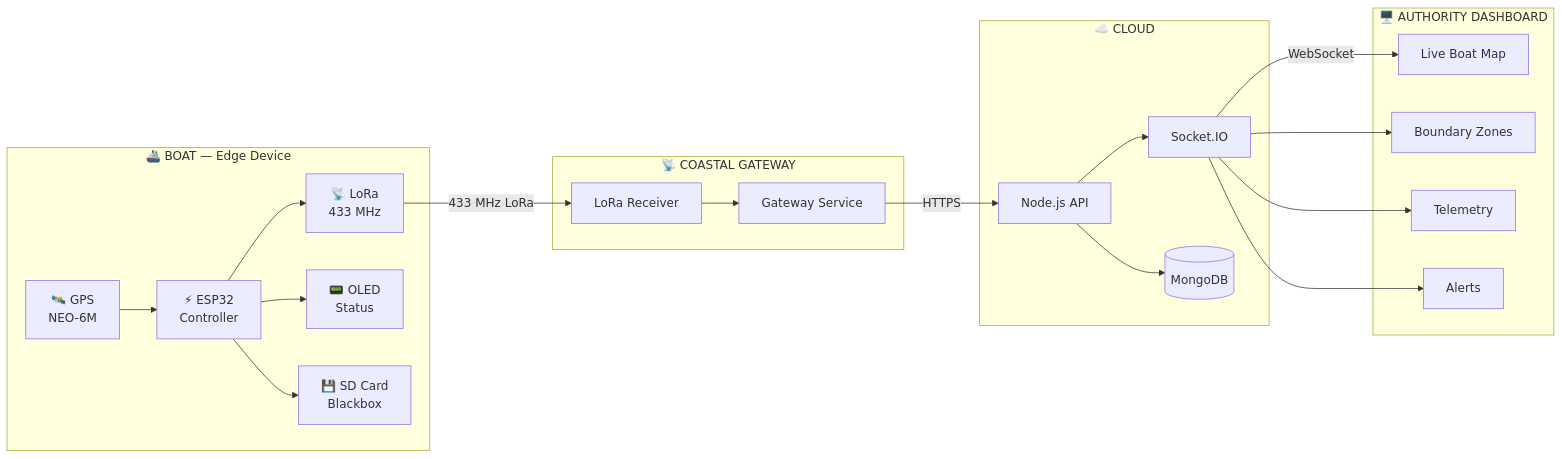
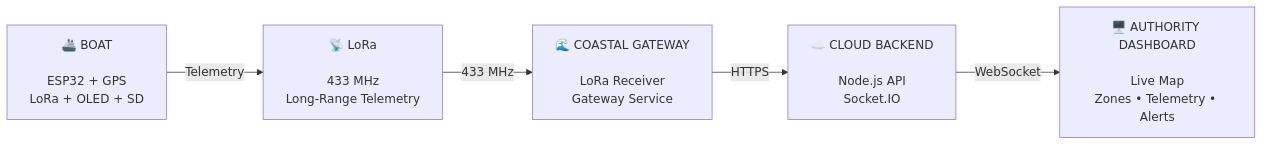
The diagram in README.md (pranesdev/pranesdev), drawn with Mermaid before and after one commit. The commit also changed other lines of this file, not shown here.

````diff
--- a/README.md
+++ b/README.md
@@ -129,45 +91,18 @@
 ```mermaid
 flowchart LR
 
-    subgraph BOAT["🚢 BOAT — Edge Device"]
-        GPS["🛰️ GPS<br/>NEO-6M"]
-        ESP["⚡ ESP32<br/>Controller"]
-        LORA["📡 LoRa<br/>433 MHz"]
-        OLED["📟 OLED<br/>Status"]
-        SD["💾 SD Card<br/>Blackbox"]
+    BOAT["🚢 BOAT<br/><br/>ESP32 + GPS<br/>LoRa + OLED + SD"]
 
-        GPS --> ESP
-        ESP --> OLED
-        ESP --> SD
-        ESP --> LORA
-    end
+    LORA["📡 LoRa<br/><br/>433 MHz<br/>Long-Range Telemetry"]
 
-    subgraph GATEWAY["📡 COASTAL GATEWAY"]
-        RX["LoRa Receiver"]
-        GW["Gateway Service"]
-        RX --> GW
-    end
+    GATEWAY["🌊 COASTAL GATEWAY<br/><br/>LoRa Receiver<br/>Gateway Service"]
 
-    subgraph CLOUD["☁️ CLOUD"]
-        API["Node.js API"]
-        SOCKET["Socket.IO"]
-        DB[("MongoDB")]
+    CLOUD["☁️ CLOUD BACKEND<br/><br/>Node.js API<br/>Socket.IO"]
 
-        API --> SOCKET
-        API --> DB
-    end
+    DASH["🖥️ AUTHORITY DASHBOARD<br/><br/>Live Map<br/>Zones • Telemetry • Alerts"]
 
-    subgraph DASH["🖥️ AUTHORITY DASHBOARD"]
-        MAP["Live Boat Map"]
-        ZONES["Boundary Zones"]
-        TEL["Telemetry"]
-        ALERT["Alerts"]
-    end
-
-    LORA -->|"433 MHz LoRa"| RX
-    GW -->|"HTTPS"| API
-    SOCKET -->|"WebSocket"| MAP
-    SOCKET --> ZONES
-    SOCKET --> TEL
-    SOCKET --> ALERT
+    BOAT -->|"Telemetry"| LORA
+    LORA -->|"433 MHz"| GATEWAY
+    GATEWAY -->|"HTTPS"| CLOUD
+    CLOUD -->|"WebSocket"| DASH
 ```
````
